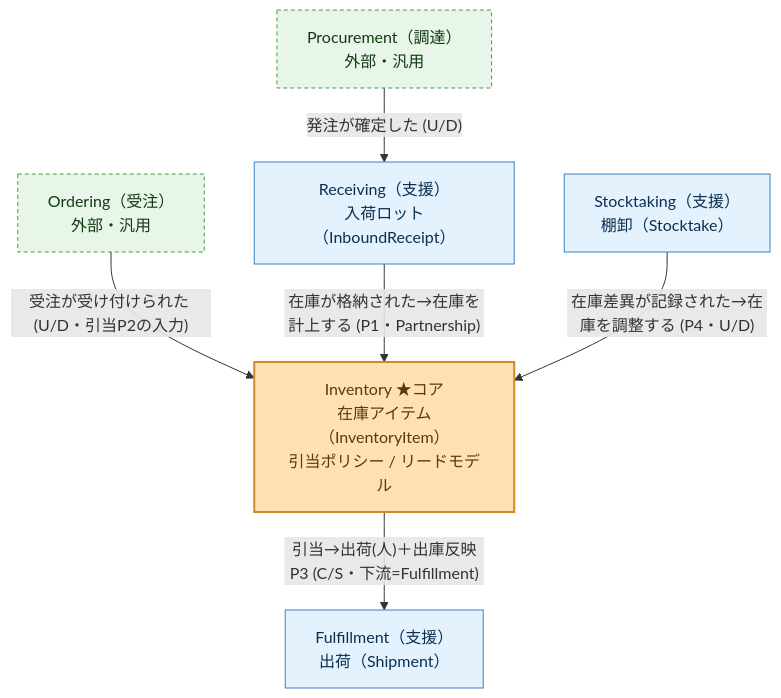
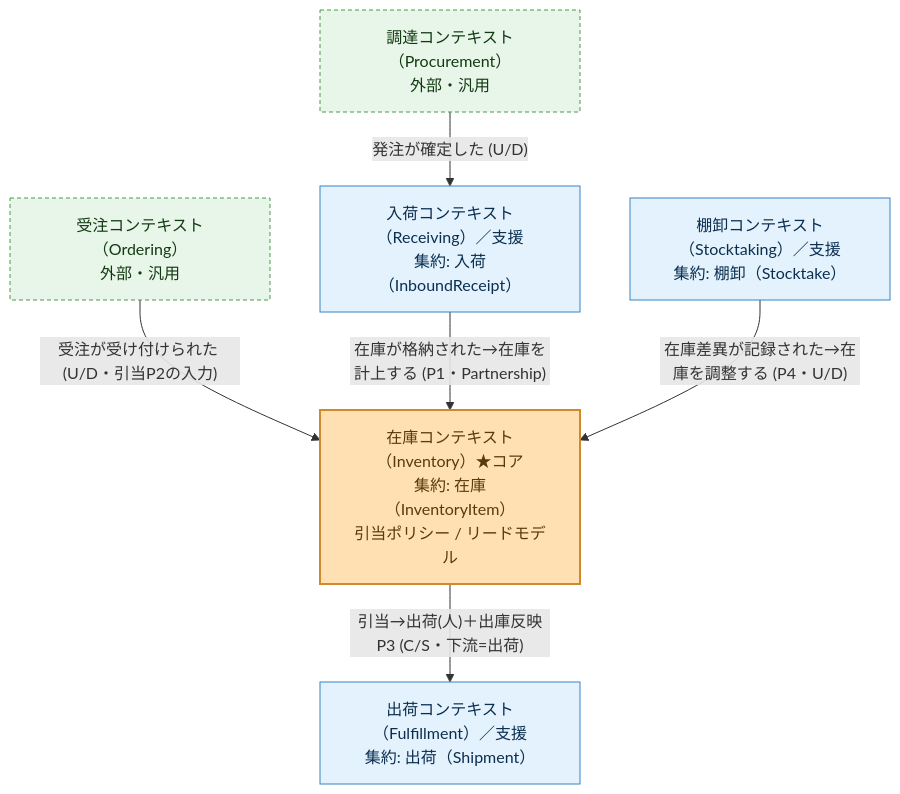
The diagram in docs/context-map.md (nenokido2000/event-sourcing-handson), drawn with Mermaid before and after one commit. The commit also changed other lines of this file and 6 other files, not shown here.

````diff
--- a/docs/context-map.md
+++ b/docs/context-map.md
@@ -9,20 +9,20 @@
 ```mermaid
 graph TB
     classDef core fill:#ffe0b2,stroke:#d08a2c,color:#5a3a0a,stroke-width:2px;
     classDef support fill:#e3f2fd,stroke:#3b82c4,color:#0b2e4f;
     classDef external fill:#e8f5e9,stroke:#4a9a4a,color:#123a12,stroke-dasharray:4 3;
 
-    PROC["Procurement（調達）<br/>外部・汎用"]:::external
-    ORD["Ordering（受注）<br/>外部・汎用"]:::external
+    PROC["調達コンテキスト（Procurement）<br/>外部・汎用"]:::external
+    ORD["受注コンテキスト（Ordering）<br/>外部・汎用"]:::external
 
-    RCV["Receiving（支援）<br/>入荷ロット（InboundReceipt）"]:::support
-    INV["Inventory ★コア<br/>在庫アイテム（InventoryItem）<br/>引当ポリシー / リードモデル"]:::core
-    FUL["Fulfillment（支援）<br/>出荷（Shipment）"]:::support
-    STK["Stocktaking（支援）<br/>棚卸（Stocktake）"]:::support
+    RCV["入荷コンテキスト（Receiving）／支援<br/>集約: 入荷（InboundReceipt）"]:::support
+    INV["在庫コンテキスト（Inventory）★コア<br/>集約: 在庫（InventoryItem）<br/>引当ポリシー / リードモデル"]:::core
+    FUL["出荷コンテキスト（Fulfillment）／支援<br/>集約: 出荷（Shipment）"]:::support
+    STK["棚卸コンテキスト（Stocktaking）／支援<br/>集約: 棚卸（Stocktake）"]:::support
 
     PROC -->|"発注が確定した (U/D)"| RCV
     ORD -->|"受注が受け付けられた (U/D・引当P2の入力)"| INV
     RCV -->|"在庫が格納された→在庫を計上する (P1・Partnership)"| INV
-    INV -->|"引当→出荷(人)＋出庫反映P3 (C/S・下流=Fulfillment)"| FUL
+    INV -->|"引当→出荷(人)＋出庫反映P3 (C/S・下流=出荷)"| FUL
     STK -->|"在庫差異が記録された→在庫を調整する (P4・U/D)"| INV
 ```
````
